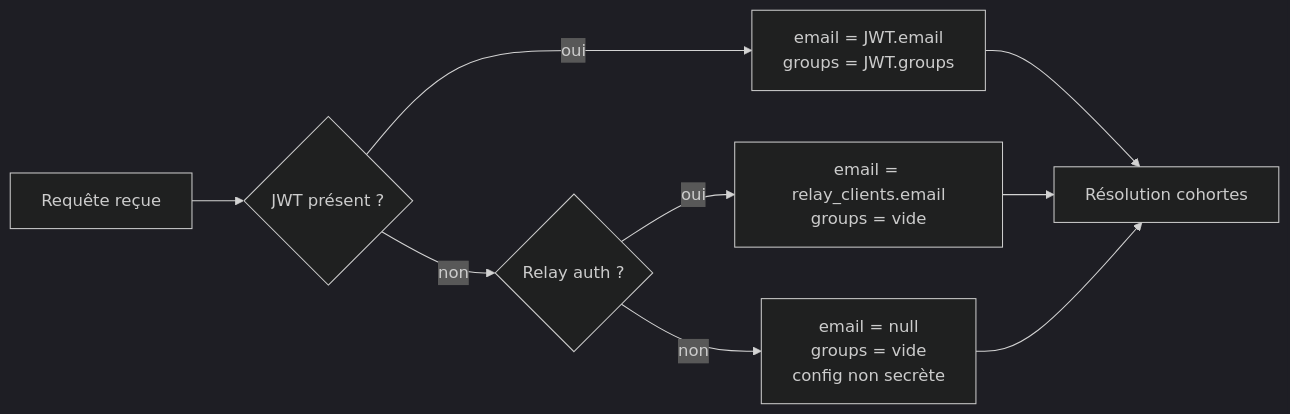
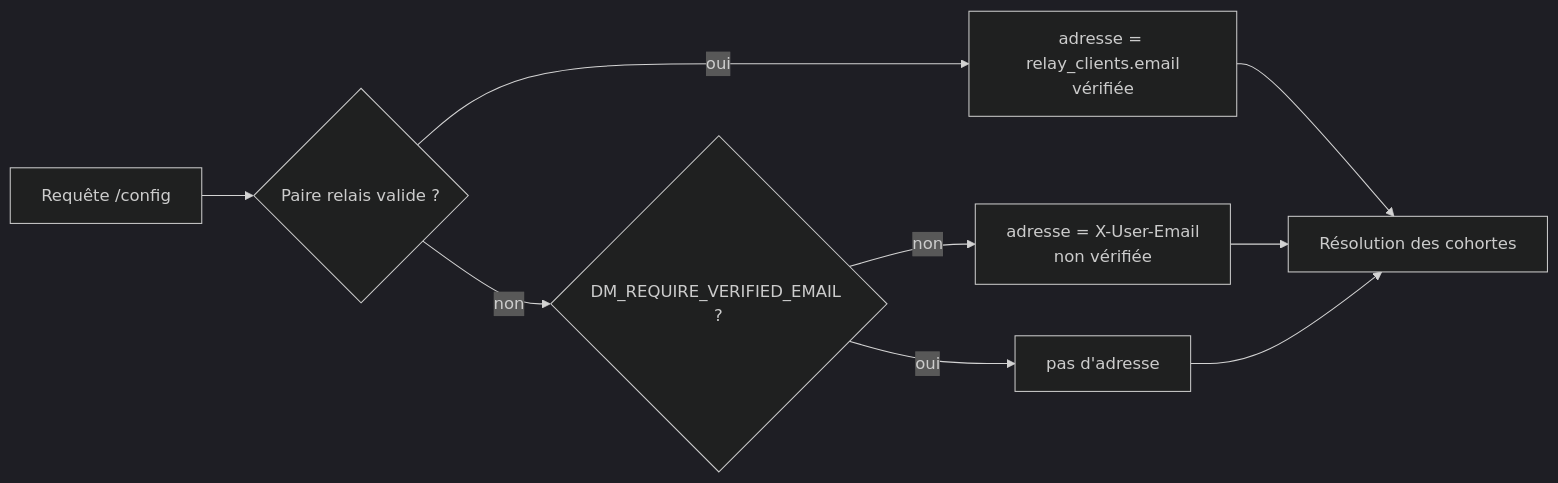
One commit to IA-Generative/device-management changed the second of 6 diagrams in docs/plugin-developer/plugin-dm-protocol-update-features.md. Above: the diagram before and after it, drawn with Mermaid (dark theme). The commit also changed other lines of this file and 3 other files, not shown here.

First line of the commit message:
fix(config): l'adresse vérifiée à l'enrôlement prime sur l'en-tête X-User-Email (#140)

````diff
--- a/docs/plugin-developer/plugin-dm-protocol-update-features.md
+++ b/docs/plugin-developer/plugin-dm-protocol-update-features.md
@@ -127,11 +139,11 @@
 ```mermaid
 flowchart LR
-    A[Requête reçue] --> B{JWT présent ?}
-    B -- oui --> C[email = JWT.email\ngroups = JWT.groups]
-    B -- non --> D{Relay auth ?}
-    D -- oui --> E[email = relay_clients.email\ngroups = vide]
-    D -- non --> F[email = null\ngroups = vide\nconfig non secrète]
-    C --> G[Résolution cohortes]
+    A[Requête /config] --> B{Paire relais valide ?}
+    B -- oui --> C[adresse = relay_clients.email\nvérifiée]
+    B -- non --> D{DM_REQUIRE_VERIFIED_EMAIL ?}
+    D -- non --> E[adresse = X-User-Email\nnon vérifiée]
+    D -- oui --> F[pas d'adresse]
+    C --> G[Résolution des cohortes]
     E --> G
     F --> G
 ```
````
